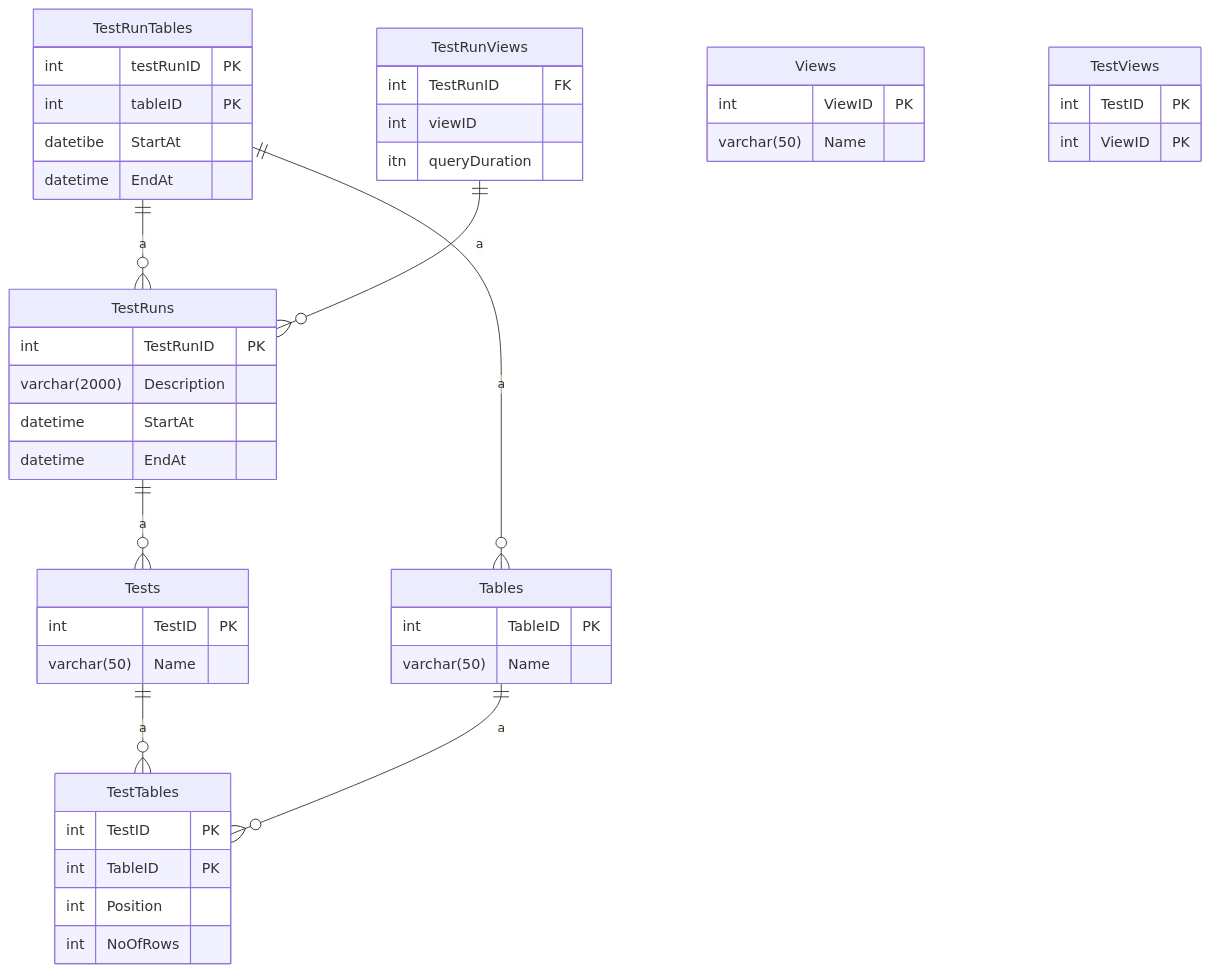
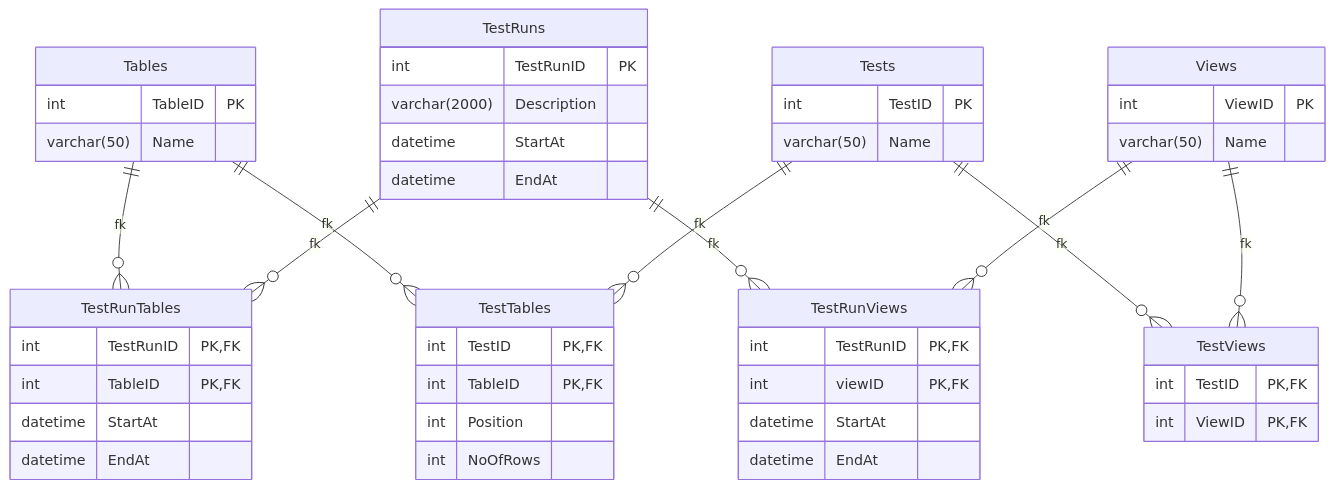
The diagram in Sem III/Databases/Lab 10 - Indexes.md (maiaiia/uni-lecture-notes), drawn with Mermaid before and after one commit.

Commit message:
vault backup: 2025-12-07 23:22:30

````diff
--- a/Sem III/Databases/Lab 10 - Indexes.md
+++ b/Sem III/Databases/Lab 10 - Indexes.md
@@ -14,57 +14,60 @@
 ```mermaid
 erDiagram
-	Tests ||--o{ TestTables : a
-	Tables ||--o{ TestTables : a
-	TestRuns ||--o{ Tests : a
-	TestRunTables ||--o{ TestRuns : a
-	TestRunTables ||--o{ Tables : a
-	TestRunViews ||--o{ TestRuns : a
+	Tables ||--o{ TestRunTables: fk
+	TestRuns ||--o{ TestRunTables: fk
+	TestRuns ||--o{ TestRunViews: fk
+	Views ||--o{ TestRunViews: fk
+	Tables ||--o{ TestTables: fk
+	Tests ||--o{ TestTables: fk
+	Tests ||--o{ TestViews: fk
+	Views ||--o{ TestViews: fk
 
 	Tests {
 		int TestID PK
 		varchar(50) Name
 	}
 	
 	Tables {
 		int TableID PK
 		varchar(50) Name
 	}
 	
 	Views {
 		int ViewID PK
 		varchar(50) Name
 	}
 	
 	TestTables {
-		int TestID PK
-		int TableID PK
+		int TestID PK, FK
+		int TableID PK, FK
 		int Position
 		int NoOfRows
 	}
 	
 	TestViews {
-		int TestID PK
-		int ViewID PK
+		int TestID PK, FK
+		int ViewID PK, FK
 	}
 	
     TestRuns {
 	    int TestRunID PK
 	    varchar(2000) Description
         datetime StartAt
         datetime EndAt
     }
 	
 	TestRunTables {
-		int testRunID PK
-		int tableID PK
-		datetibe StartAt
+		int TestRunID PK, FK
+		int TableID PK, FK
+		datetime StartAt
 		datetime EndAt
 	}
 	
 	TestRunViews{
-		int TestRunID FK
-		int viewID
-		itn queryDuration
+		int TestRunID PK, FK
+		int viewID PK, FK
+		datetime StartAt
+		datetime EndAt
 	}
 	
 ```
````
